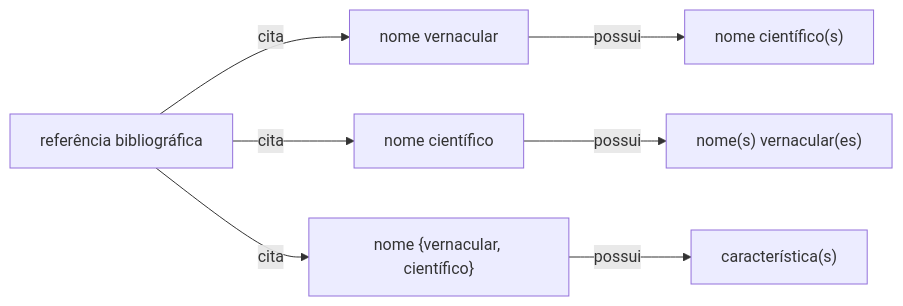
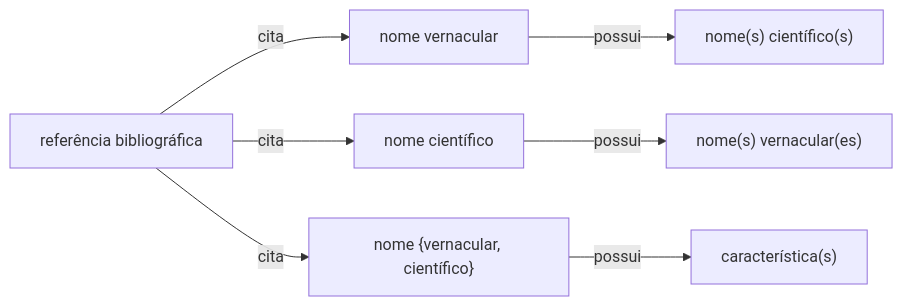
One commit to edalcin/Estrutura-de-Dados-Etnobotanicos changed the diagram in README.md. Above: the diagram before and after it, drawn with Mermaid. The commit also changed other lines of this file, not shown here.

````diff
--- a/README.md
+++ b/README.md
@@ -13,9 +13,9 @@
 ```mermaid
 flowchart LR
     1[referência bibliográfica] --cita--> A
     1 --cita--> C
     1 --cita--> E
     C[nome científico] -- possui --> D["nome(s) vernacular(es)"]
-    A[nome vernacular] -- possui --> B["nome científico(s)"]
+    A[nome vernacular] -- possui --> B["nome(s) científico(s)"]
     E["nome {vernacular, científico}"] -- possui --> F["característica(s)"]
 ```
````
